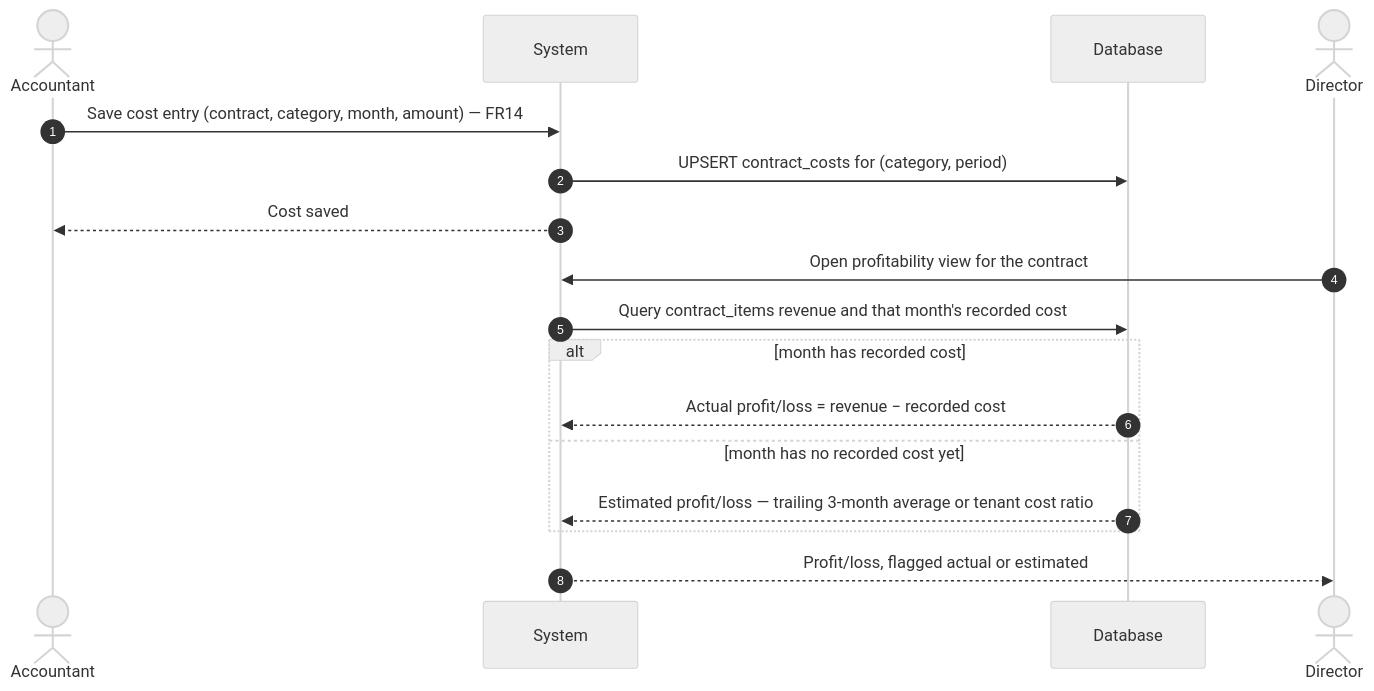
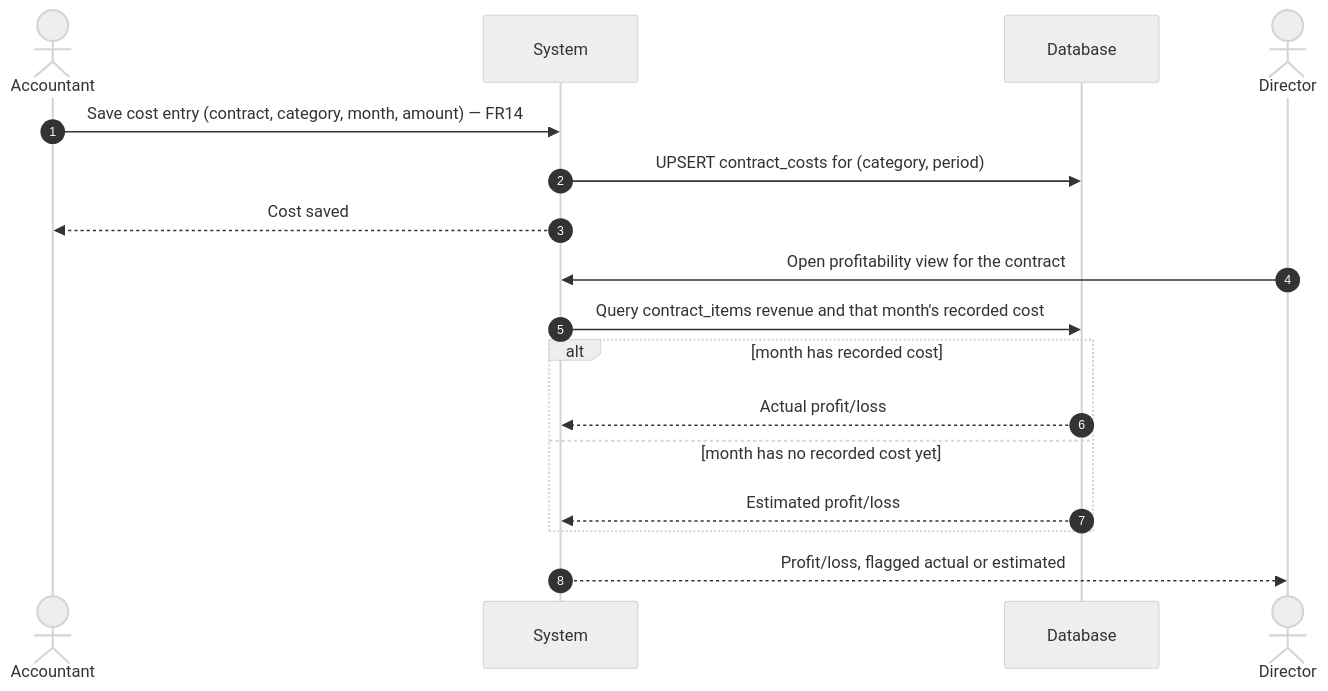
Before and after one commit to dDxCg/contrack: diagram 11 of 12 in docs/08-sequence-diagram.md, drawn with Mermaid (neutral theme). The commit also changed other lines of this file and 40 other files, not shown here.

````diff
--- a/docs/08-sequence-diagram.md
+++ b/docs/08-sequence-diagram.md
@@ -195,20 +259,20 @@
 ```mermaid
 sequenceDiagram
     autonumber
     actor Accountant
     participant System
     participant DB as Database
     actor Director
 
     Accountant->>System: Save cost entry (contract, category, month, amount) — FR14
     System->>DB: UPSERT contract_costs for (category, period)
     System-->>Accountant: Cost saved
     Director->>System: Open profitability view for the contract
     System->>DB: Query contract_items revenue and that month's recorded cost
     alt month has recorded cost
-        DB-->>System: Actual profit/loss = revenue − recorded cost
+        DB-->>System: Actual profit/loss
     else month has no recorded cost yet
-        DB-->>System: Estimated profit/loss — trailing 3-month average or tenant cost ratio
+        DB-->>System: Estimated profit/loss
     end
     System-->>Director: Profit/loss, flagged actual or estimated
 ```
````
